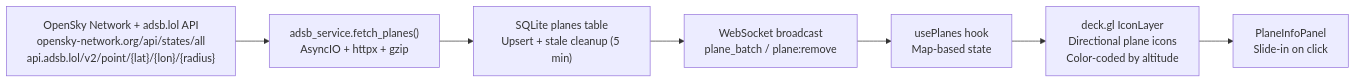
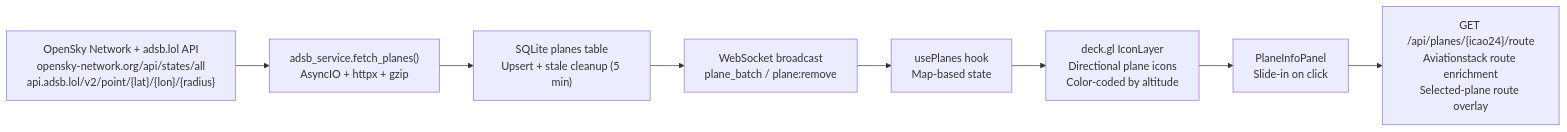
The second of 3 diagrams in README.md (RishiJain905/TerraWatch), drawn with Mermaid before and after one commit. The commit also changed other lines of this file and 2 other files, not shown here.

Commit message:
docs: sync architecture and api references

````diff
--- a/README.md
+++ b/README.md
@@ -61,18 +76,21 @@
 ```mermaid
 flowchart LR
     A["OpenSky Network + adsb.lol API
 opensky-network.org/api/states/all
 api.adsb.lol/v2/point/{lat}/{lon}/{radius}"] --> B["adsb_service.fetch_planes()
 AsyncIO + httpx + gzip"]
     B --> C["SQLite planes table
 Upsert + stale cleanup (5 min)"]
     C --> D["WebSocket broadcast
 plane_batch / plane:remove"]
     D --> E["usePlanes hook
 Map-based state"]
     E --> F["deck.gl IconLayer
 Directional plane icons
 Color-coded by altitude"]
     F --> G["PlaneInfoPanel
 Slide-in on click"]
+    G --> H["GET /api/planes/{icao24}/route
+Aviationstack route enrichment
+Selected-plane route overlay"]
 ```
````
